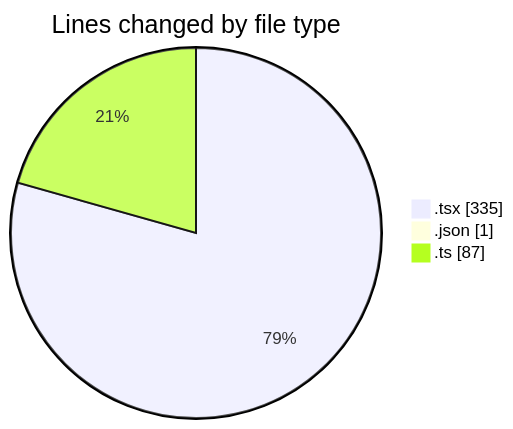
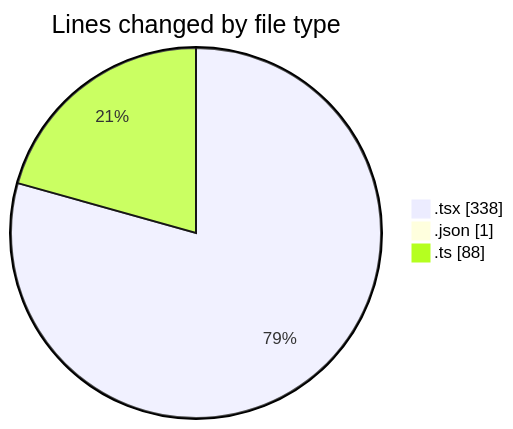
One commit to robertbonfada/code-tracking changed the first of 2 diagrams in 2025-01-21/mbc-web/README.md. Above: the diagram before and after it, drawn with Mermaid. The commit also changed other lines of this file and 1 other file, not shown here.

````diff
--- a/2025-01-21/mbc-web/README.md
+++ b/2025-01-21/mbc-web/README.md
@@ -32,7 +32,7 @@
 ```mermaid
 pie showData
 title Lines changed by file type
-".tsx" : 335
+".tsx" : 338
 ".json" : 1
-".ts" : 87
+".ts" : 88
 ```
````
